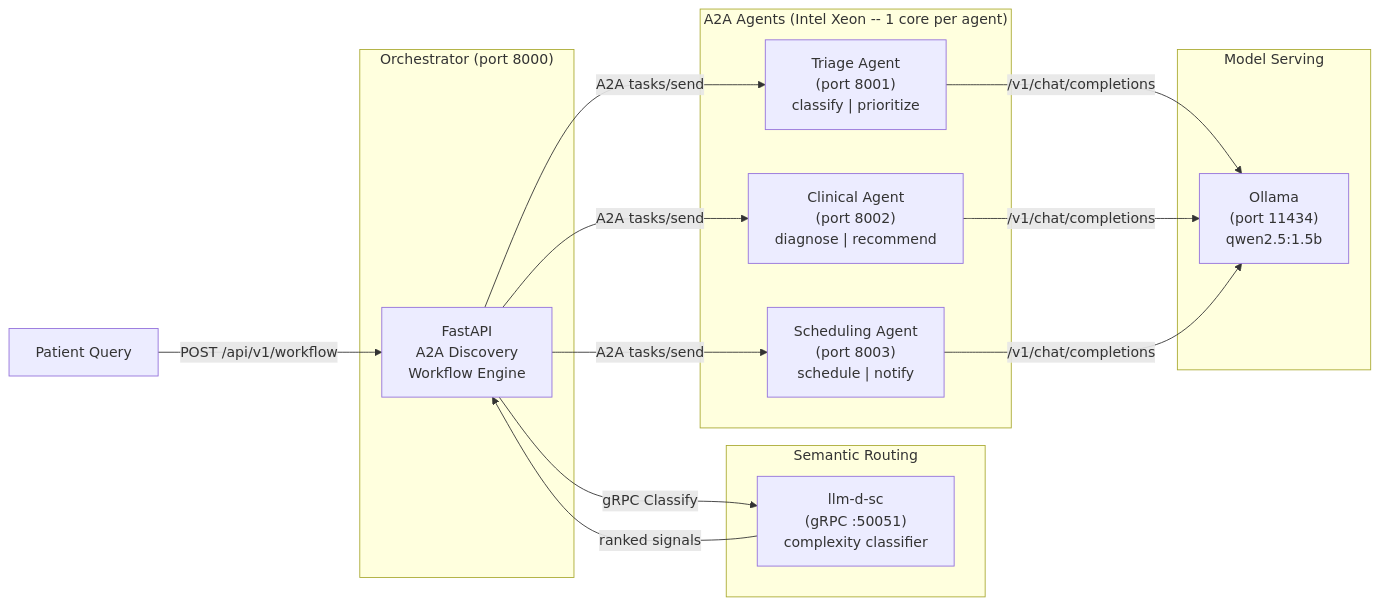
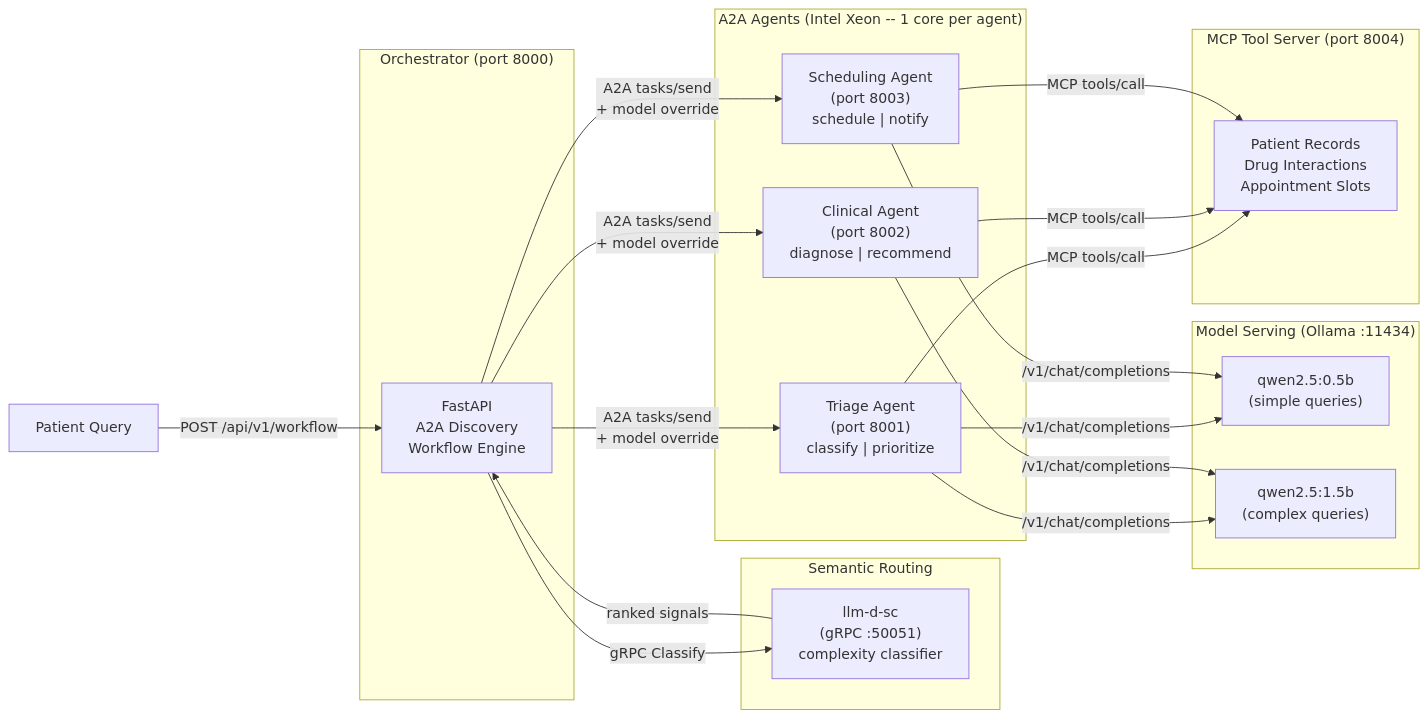
Before and after one commit to jkershawrh/multi-agent-health-assistant: the diagram in README.md, drawn with Mermaid. The commit also changed other lines of this file and 1 other file, not shown here.

````diff
--- a/README.md
+++ b/README.md
@@ -56,32 +61,41 @@
 ```mermaid
 flowchart LR
     Patient["Patient Query"]
 
     subgraph Orchestrator["Orchestrator (port 8000)"]
         ORC["FastAPI\nA2A Discovery\nWorkflow Engine"]
     end
 
     subgraph SemanticRouting["Semantic Routing"]
         SC["llm-d-sc\n(gRPC :50051)\ncomplexity classifier"]
     end
 
     subgraph Agents["A2A Agents (Intel Xeon -- 1 core per agent)"]
         TA["Triage Agent\n(port 8001)\nclassify | prioritize"]
         CA["Clinical Agent\n(port 8002)\ndiagnose | recommend"]
         SA["Scheduling Agent\n(port 8003)\nschedule | notify"]
     end
 
-    subgraph LLM["Model Serving"]
-        OL["Ollama\n(port 11434)\nqwen2.5:1.5b"]
+    subgraph Tools["MCP Tool Server (port 8004)"]
+        MCP["Patient Records\nDrug Interactions\nAppointment Slots"]
+    end
+
+    subgraph LLM["Model Serving (Ollama :11434)"]
+        SM["qwen2.5:0.5b\n(simple queries)"]
+        LM["qwen2.5:1.5b\n(complex queries)"]
     end
 
     Patient -->|"POST /api/v1/workflow"| ORC
     ORC -->|"gRPC Classify"| SC
     SC -->|"ranked signals"| ORC
-    ORC -->|"A2A tasks/send"| TA
-    ORC -->|"A2A tasks/send"| CA
-    ORC -->|"A2A tasks/send"| SA
-    TA -->|"/v1/chat/completions"| OL
-    CA -->|"/v1/chat/completions"| OL
-    SA -->|"/v1/chat/completions"| OL
+    ORC -->|"A2A tasks/send\n+ model override"| TA
+    ORC -->|"A2A tasks/send\n+ model override"| CA
+    ORC -->|"A2A tasks/send\n+ model override"| SA
+    TA -->|"MCP tools/call"| MCP
+    CA -->|"MCP tools/call"| MCP
+    SA -->|"MCP tools/call"| MCP
+    TA -->|"/v1/chat/completions"| SM
+    TA -->|"/v1/chat/completions"| LM
+    CA -->|"/v1/chat/completions"| LM
+    SA -->|"/v1/chat/completions"| SM
 ```
````
